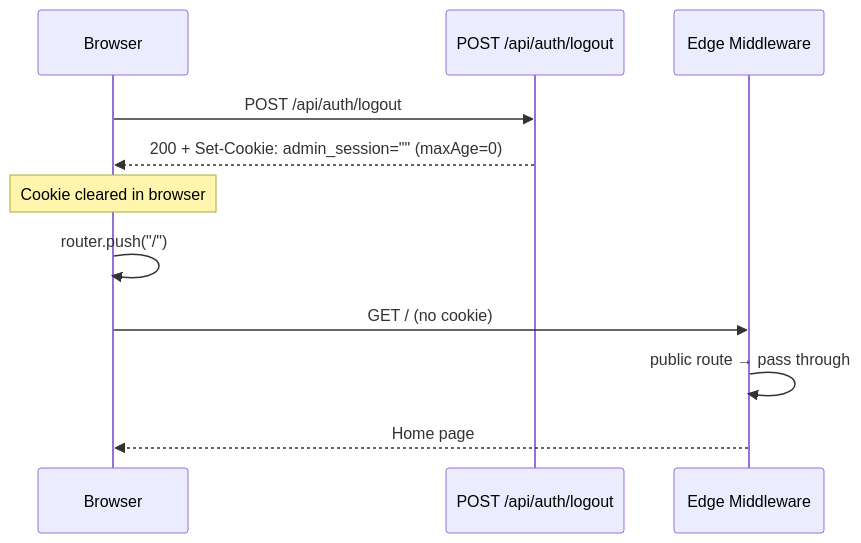
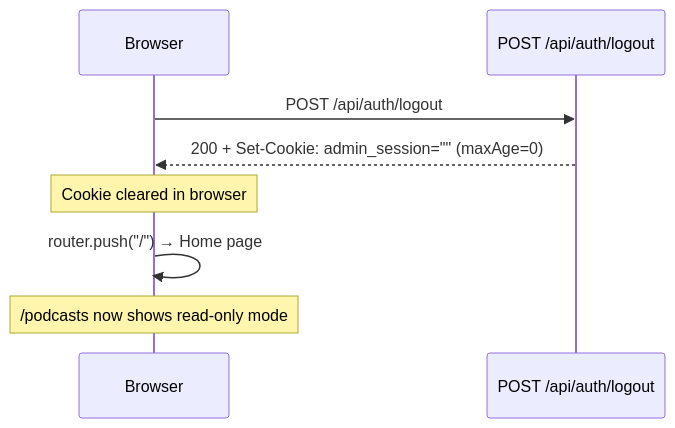
Before and after one commit to vtghub/PodcastsSummarizer: the fifth of 6 diagrams in docs/request-workflow.md, drawn with Mermaid. The commit also changed other lines of this file and 3 other files, not shown here.

First line of the commit message:
docs: update architecture, workflow diagrams and README for latest changes

````diff
--- a/docs/request-workflow.md
+++ b/docs/request-workflow.md
@@ -119,14 +130,11 @@
 ```mermaid
 sequenceDiagram
     participant B as Browser
     participant LA as POST /api/auth/logout
-    participant MW as Edge Middleware
 
     B->>LA: POST /api/auth/logout
     LA-->>B: 200 + Set-Cookie: admin_session="" (maxAge=0)
     Note over B: Cookie cleared in browser
-    B->>B: router.push("/")
-    B->>MW: GET /  (no cookie)
-    MW->>MW: public route → pass through
-    MW-->>B: Home page
+    B->>B: router.push("/") → Home page
+    Note over B: /podcasts now shows read-only mode
 ```
````
